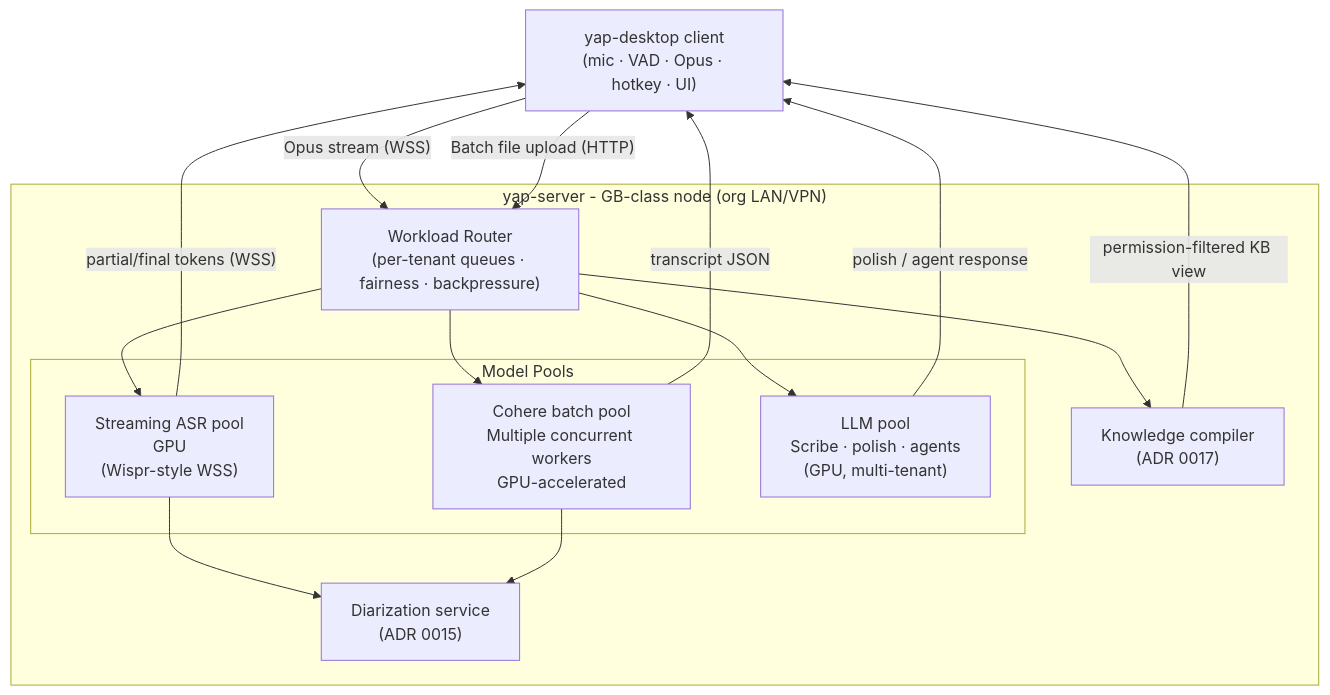
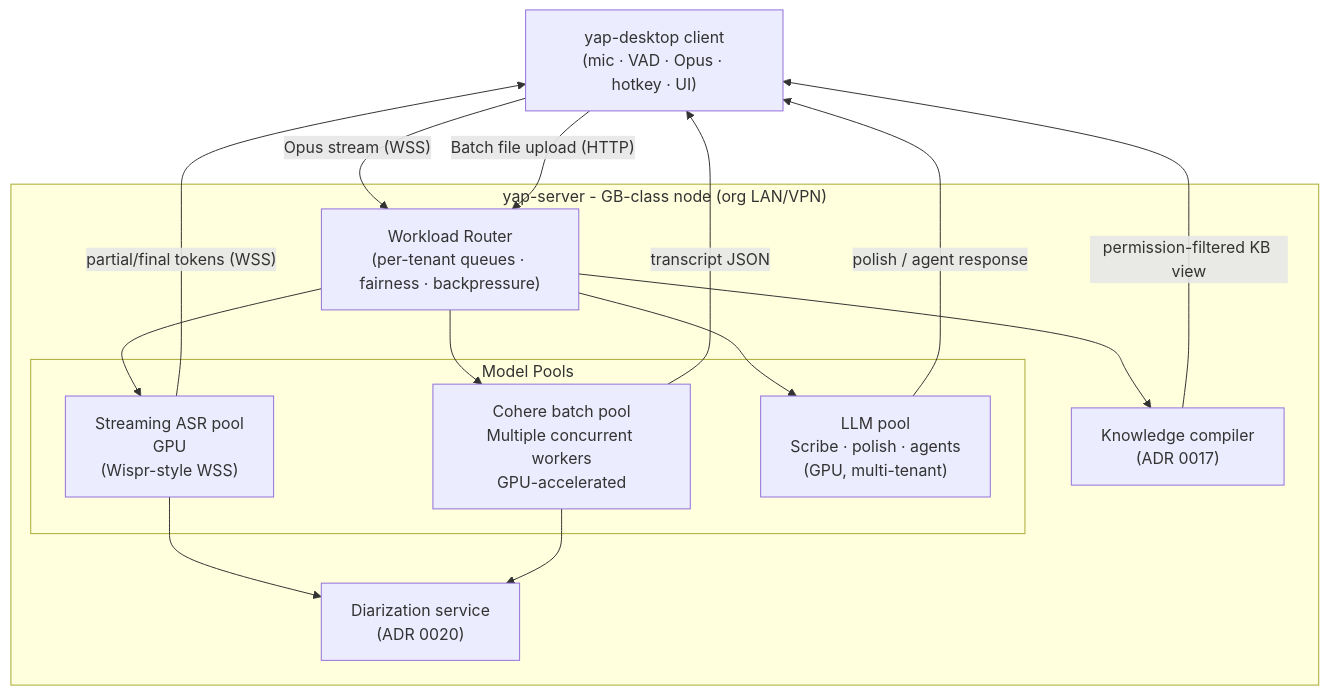
One commit to mcnatg1/yap changed the first of 5 diagrams in docs/adr/0014-server-tier-compute-topology.md. Above: the diagram before and after it, drawn with Mermaid. The commit also changed other lines of this file and 16 other files, not shown here.

Commit message:
docs: define source-aware diarization architecture

````diff
--- a/docs/adr/0014-server-tier-compute-topology.md
+++ b/docs/adr/0014-server-tier-compute-topology.md
@@ -59,29 +60,29 @@
 ```mermaid
 flowchart TB
     Client["yap-desktop client\n(mic · VAD · Opus · hotkey · UI)"]
 
     subgraph Server["yap-server - GB-class node (org LAN/VPN)"]
         Router["Workload Router\n(per-tenant queues · fairness · backpressure)"]
 
         subgraph Pools["Model Pools"]
             ASR["Streaming ASR pool\nGPU\n(Wispr-style WSS)"]
             Batch["Cohere batch pool\nMultiple concurrent workers\nGPU-accelerated"]
             LLM["LLM pool\nScribe · polish · agents\n(GPU, multi-tenant)"]
         end
 
         KB["Knowledge compiler\n(ADR 0017)"]
-        Diar["Diarization service\n(ADR 0015)"]
+        Diar["Diarization service\n(ADR 0020)"]
     end
 
     Client -->|"Opus stream (WSS)"| Router
     Client -->|"Batch file upload (HTTP)"| Router
     Router --> ASR
     Router --> Batch
     Router --> LLM
     Router --> KB
     ASR & Batch --> Diar
     ASR -->|"partial/final tokens (WSS)"| Client
     Batch -->|"transcript JSON"| Client
     LLM -->|"polish / agent response"| Client
     KB -->|"permission-filtered KB view"| Client
 ```
````
